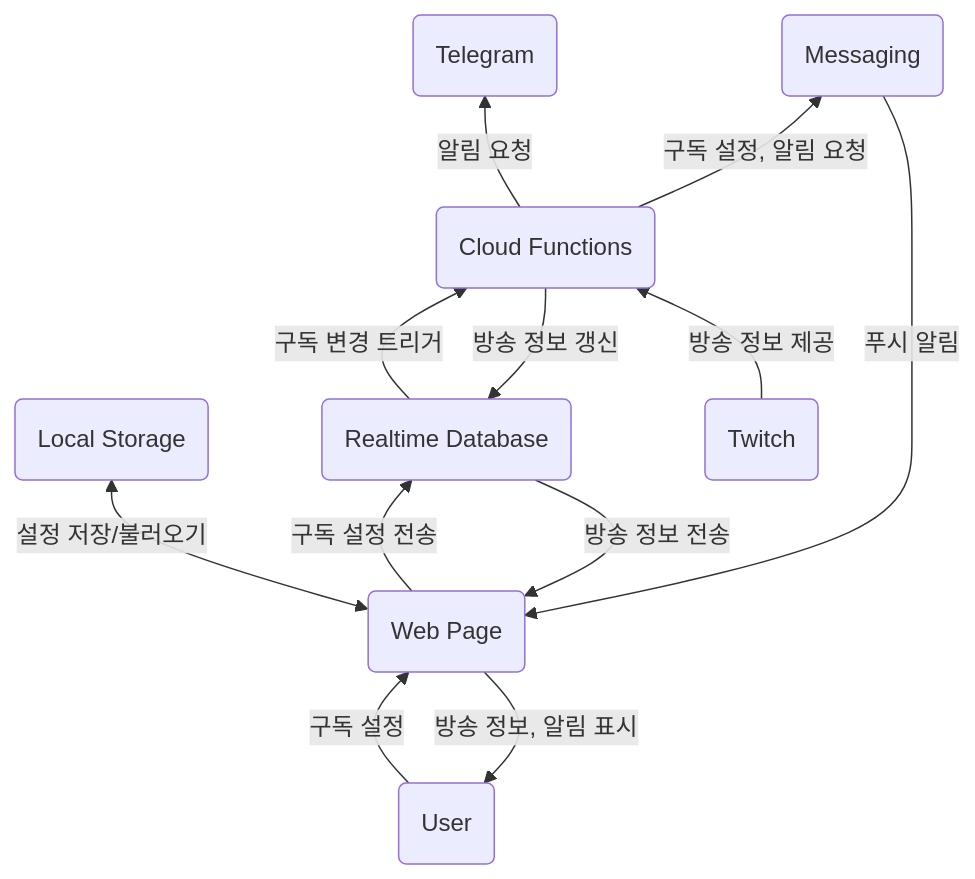
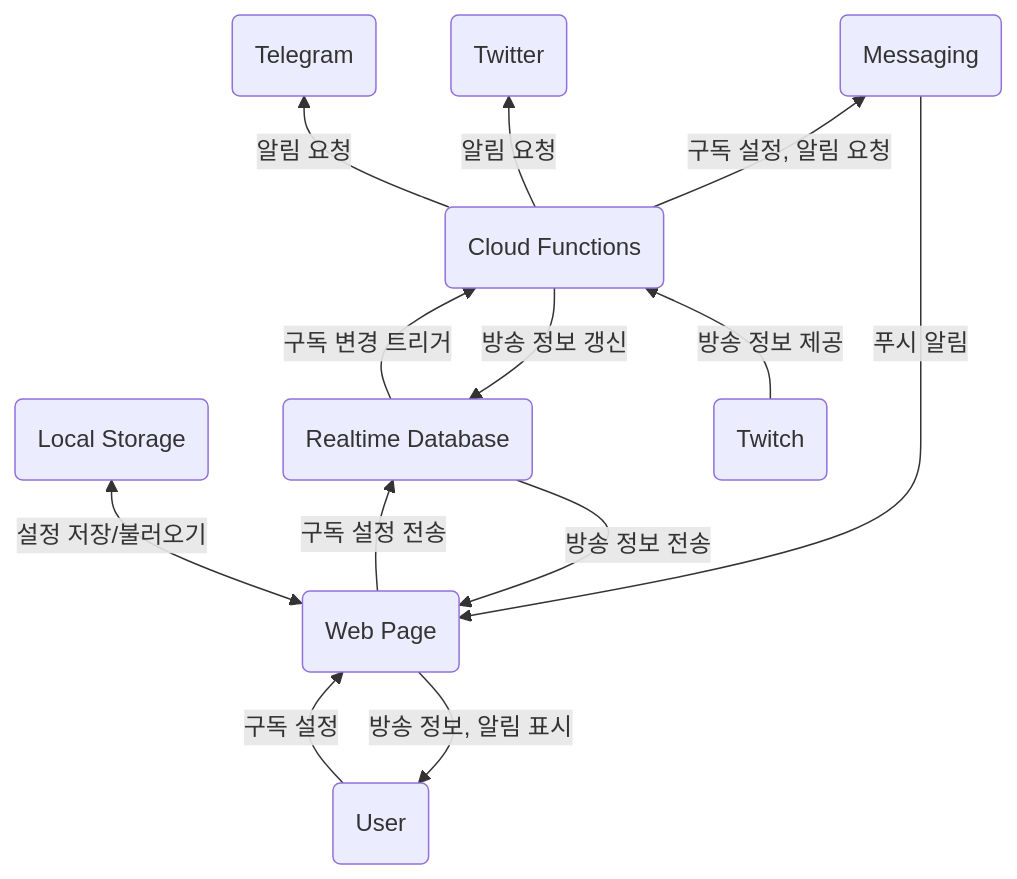
One commit to NeuroWhAI/isekaidol-stream-noti changed the diagram in README.md. Above: the diagram before and after it, drawn with Mermaid. The commit also changed other lines of this file, not shown here.

Commit message:
📝 Update readme for the twitter

````diff
--- a/README.md
+++ b/README.md
@@ -44,19 +50,20 @@
 ```mermaid
 flowchart BT
     U(User) -- 구독 설정 --> P(Web Page)
     P -- 방송 정보, 알림 표시 --> U
     
     P <-- 설정 저장/불러오기 --> S(Local Storage)
     
     P -- 구독 설정 전송 --> DB(Realtime Database)
     DB -- 방송 정보 전송 --> P
 
     DB -- 구독 변경 트리거 --> FN(Cloud Functions)
     FN -- 방송 정보 갱신 --> DB
 
     FN -- 알림 요청 --> TG(Telegram)
+    FN -- 알림 요청 --> TT(Twitter)
     FN -- 구독 설정, 알림 요청 --> M(Messaging)
     TW(Twitch) -- 방송 정보 제공 --> FN
 
     M -- 푸시 알림 --> P
 ```
````
